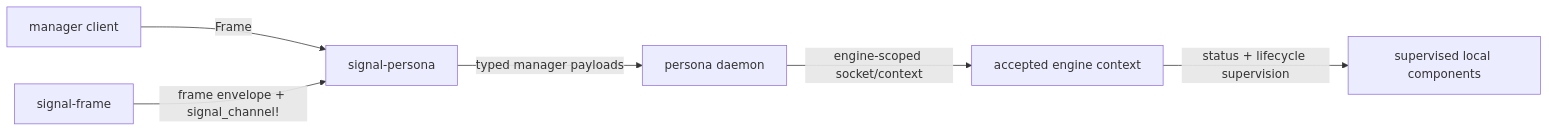
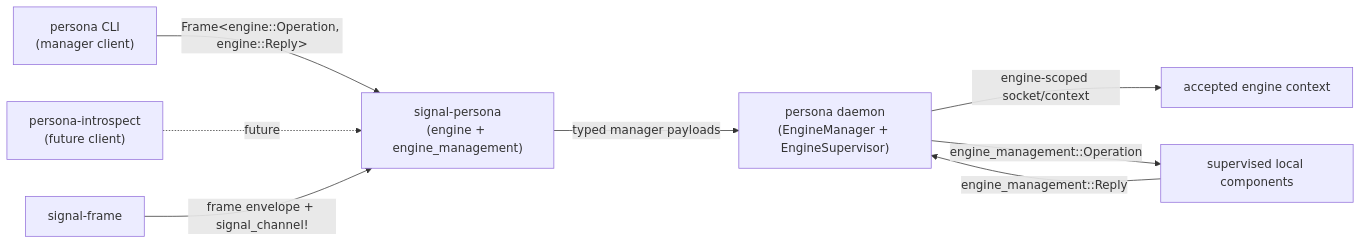
Before and after one commit to LiGoldragon/signal-persona: the diagram in ARCHITECTURE.md, drawn with Mermaid. The commit also changed other lines of this file, not shown here.

Commit message:
signal-persona: refresh ARCHITECTURE for engine-management rename, version-handover neighbours, and skeleton-honesty extension to ordinary + owner contracts

````diff
--- a/ARCHITECTURE.md
+++ b/ARCHITECTURE.md
@@ -66,15 +97,18 @@
 ```mermaid
 flowchart LR
-    client["manager client"]
-    contract["signal-persona"]
+    cli["persona CLI<br/>(manager client)"]
+    introspect["persona-introspect<br/>(future client)"]
+    contract["signal-persona<br/>(engine + engine_management)"]
     frame["signal-frame"]
-    daemon["persona daemon"]
+    daemon["persona daemon<br/>(EngineManager + EngineSupervisor)"]
     engine["accepted engine context"]
     components["supervised local components"]
 
-    client -->|"Frame<EngineOperation, EngineReply>"| contract
+    cli -->|"Frame&lt;engine::Operation, engine::Reply&gt;"| contract
+    introspect -. "future" .-> contract
     frame -->|"frame envelope + signal_channel!"| contract
     contract -->|"typed manager payloads"| daemon
     daemon -->|"engine-scoped socket/context"| engine
-    engine -->|"status + lifecycle supervision"| components
+    daemon -->|"engine_management::Operation"| components
+    components -->|"engine_management::Reply"| daemon
 ```
````
